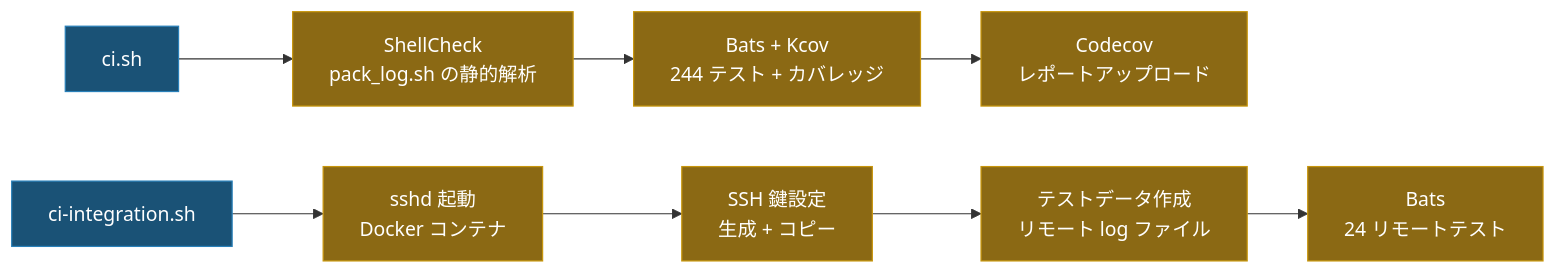
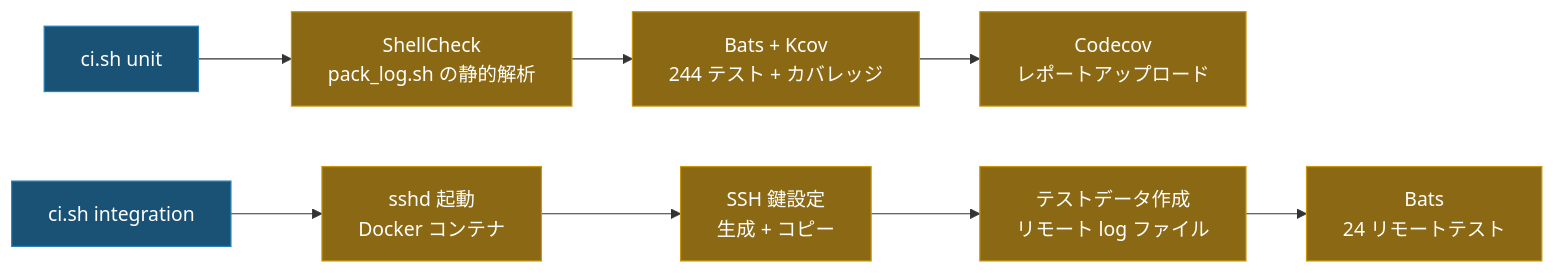
One commit to ycpss91255/pack_log changed the second of 2 diagrams in doc/README.ja.md. Above: the diagram before and after it, drawn with Mermaid. The commit also changed other lines of this file and 9 other files, not shown here.

````diff
--- a/doc/README.ja.md
+++ b/doc/README.ja.md
@@ -201,14 +202,14 @@
 ```mermaid
 graph LR
-    S["ci.sh"]:::entry --> SC["ShellCheck\npack_log.sh の静的解析"]:::step
+    S["ci.sh unit"]:::entry --> SC["ShellCheck\npack_log.sh の静的解析"]:::step
     SC --> BT["Bats + Kcov\n244 テスト + カバレッジ"]:::step
     BT --> CC["Codecov\nレポートアップロード"]:::step
 
-    S2["ci-integration.sh"]:::entry --> SSHD["sshd 起動\nDocker コンテナ"]:::step
+    S2["ci.sh integration"]:::entry --> SSHD["sshd 起動\nDocker コンテナ"]:::step
     SSHD --> KEY["SSH 鍵設定\n生成 + コピー"]:::step
     KEY --> DATA["テストデータ作成\nリモート log ファイル"]:::step
     DATA --> IT["Bats\n24 リモートテスト"]:::step
 
     classDef entry fill:#1a5276,color:#fff,stroke:#2980b9
     classDef step fill:#8B6914,color:#fff,stroke:#c8960c
 ```
````
